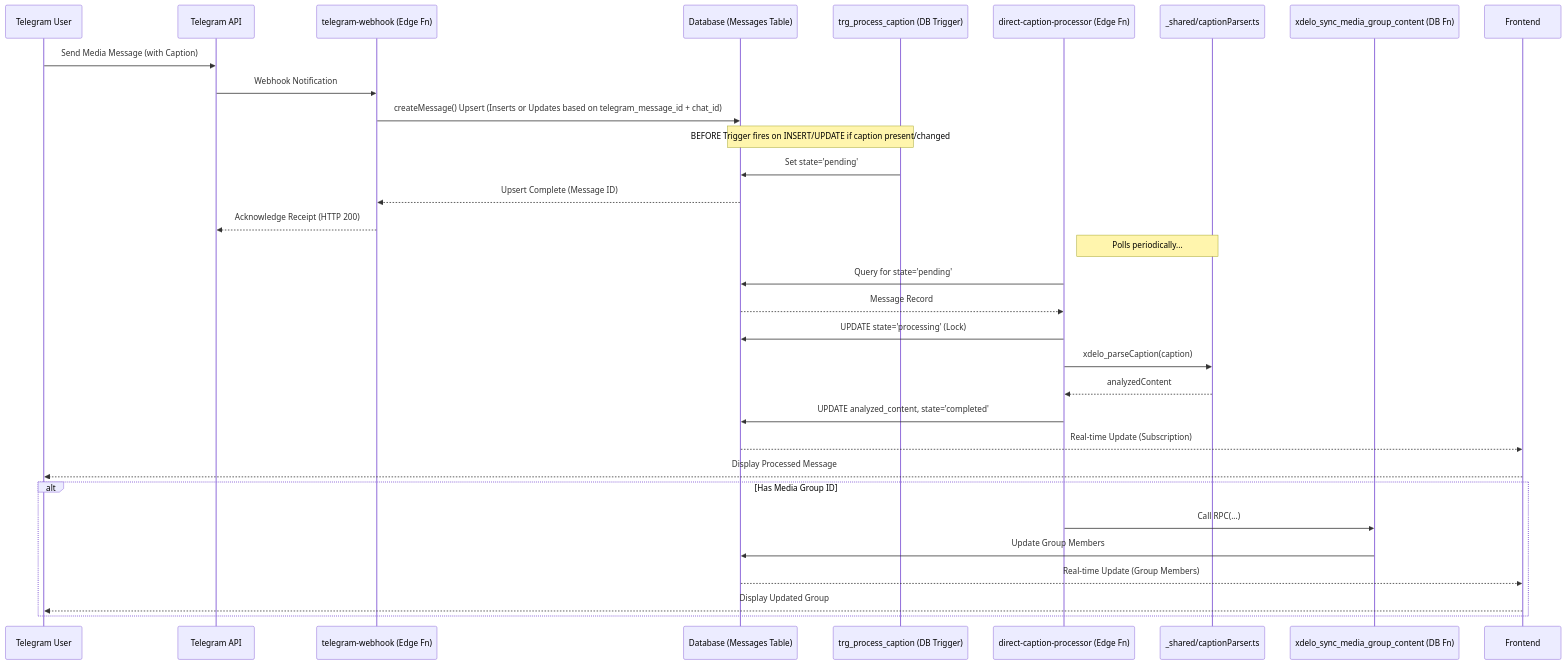
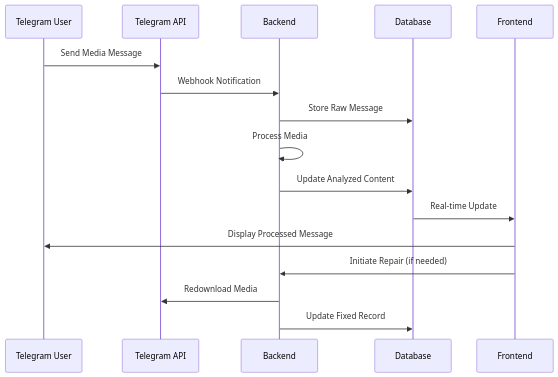
Before and after one commit to cmtkdot/xdelo-app: the second of 7 diagrams in README.md, drawn with Mermaid. The commit also changed other lines of this file and 275 other files, not shown here.

First line of the commit message:
Reverted to edit edt-6dd5a33a-f741-413b-8f32-d7537b3c35d0: "Refactor: Improve media repair functionality

````diff
--- a/README.md
+++ b/README.md
@@ -250,37 +247,19 @@
 ```mermaid
 sequenceDiagram
     participant User as Telegram User
     participant TG as Telegram API
-    participant W as telegram-webhook (Edge Fn)
-    participant DB as Database (Messages Table)
-    participant TRG as trg_process_caption (DB Trigger)
-    participant EF as direct-caption-processor (Edge Fn)
-    participant P as _shared/captionParser.ts
-    participant SYNC as xdelo_sync_media_group_content (DB Fn)
+    participant BE as Backend
+    participant DB as Database
     participant FE as Frontend
     
-    User->>TG: Send Media Message (with Caption)
-    TG->>W: Webhook Notification
-W->>DB: createMessage() Upsert (Inserts or Updates based on telegram_message_id + chat_id)
-Note over DB, TRG: BEFORE Trigger fires on INSERT/UPDATE if caption present/changed
-TRG->>DB: Set state='pending'
-DB-->>W: Upsert Complete (Message ID)
-W-->>TG: Acknowledge Receipt (HTTP 200)
-    
-    Note right of EF: Polls periodically...
-    EF->>DB: Query for state='pending'
-    DB-->>EF: Message Record
-    EF->>DB: UPDATE state='processing' (Lock)
-    EF->>P: xdelo_parseCaption(caption)
-    P-->>EF: analyzedContent
-    EF->>DB: UPDATE analyzed_content, state='completed'
-    DB-->>FE: Real-time Update (Subscription)
-    FE-->>User: Display Processed Message
-    
-    alt Has Media Group ID
-      EF->>SYNC: Call RPC(...)
-      SYNC->>DB: Update Group Members
-      DB-->>FE: Real-time Update (Group Members)
-      FE-->>User: Display Updated Group
-    end
+    User->>TG: Send Media Message
+    TG->>BE: Webhook Notification
+    BE->>DB: Store Raw Message
+    BE->>BE: Process Media
+    BE->>DB: Update Analyzed Content
+    DB->>FE: Real-time Update
+    FE->>User: Display Processed Message
+    FE->>BE: Initiate Repair (if needed)
+    BE->>TG: Redownload Media
+    BE->>DB: Update Fixed Record
 ```
````
